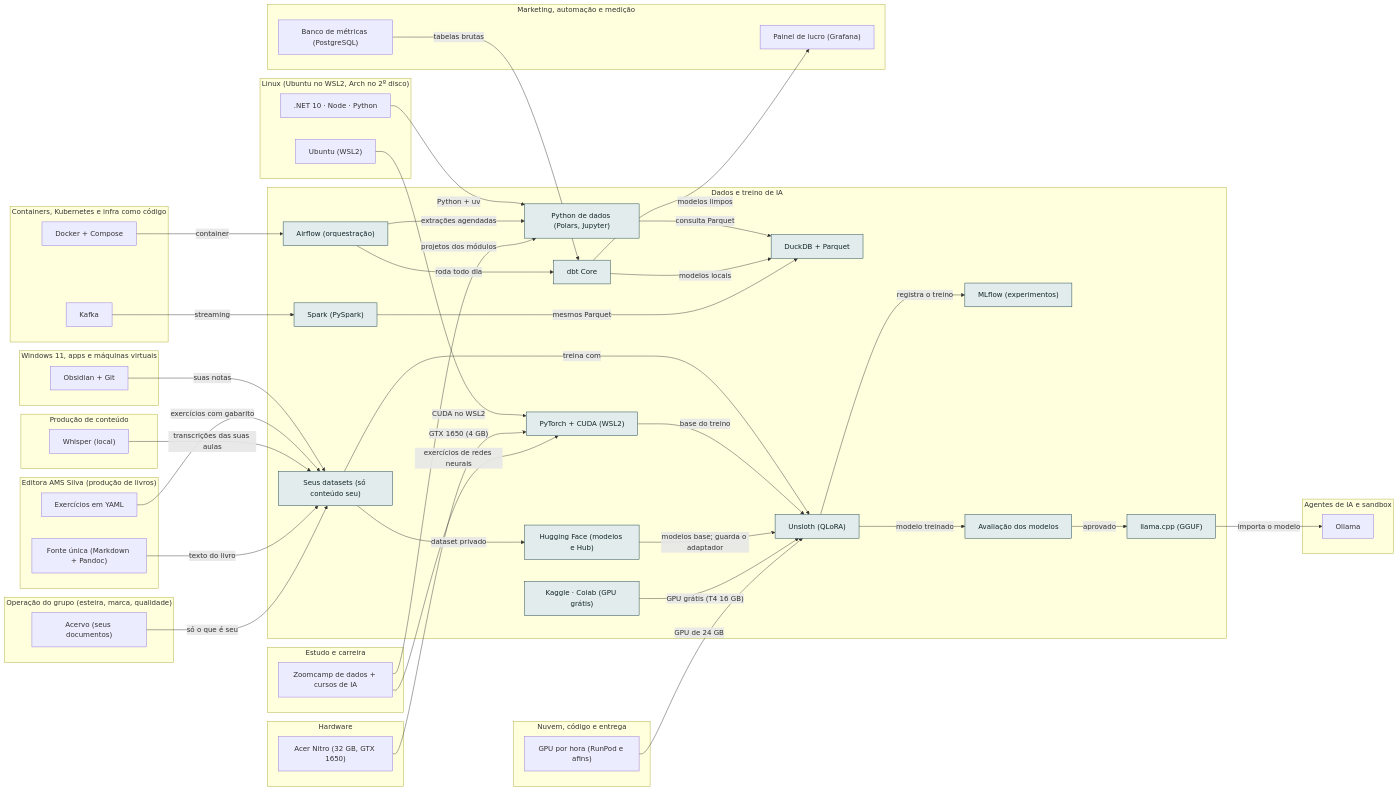
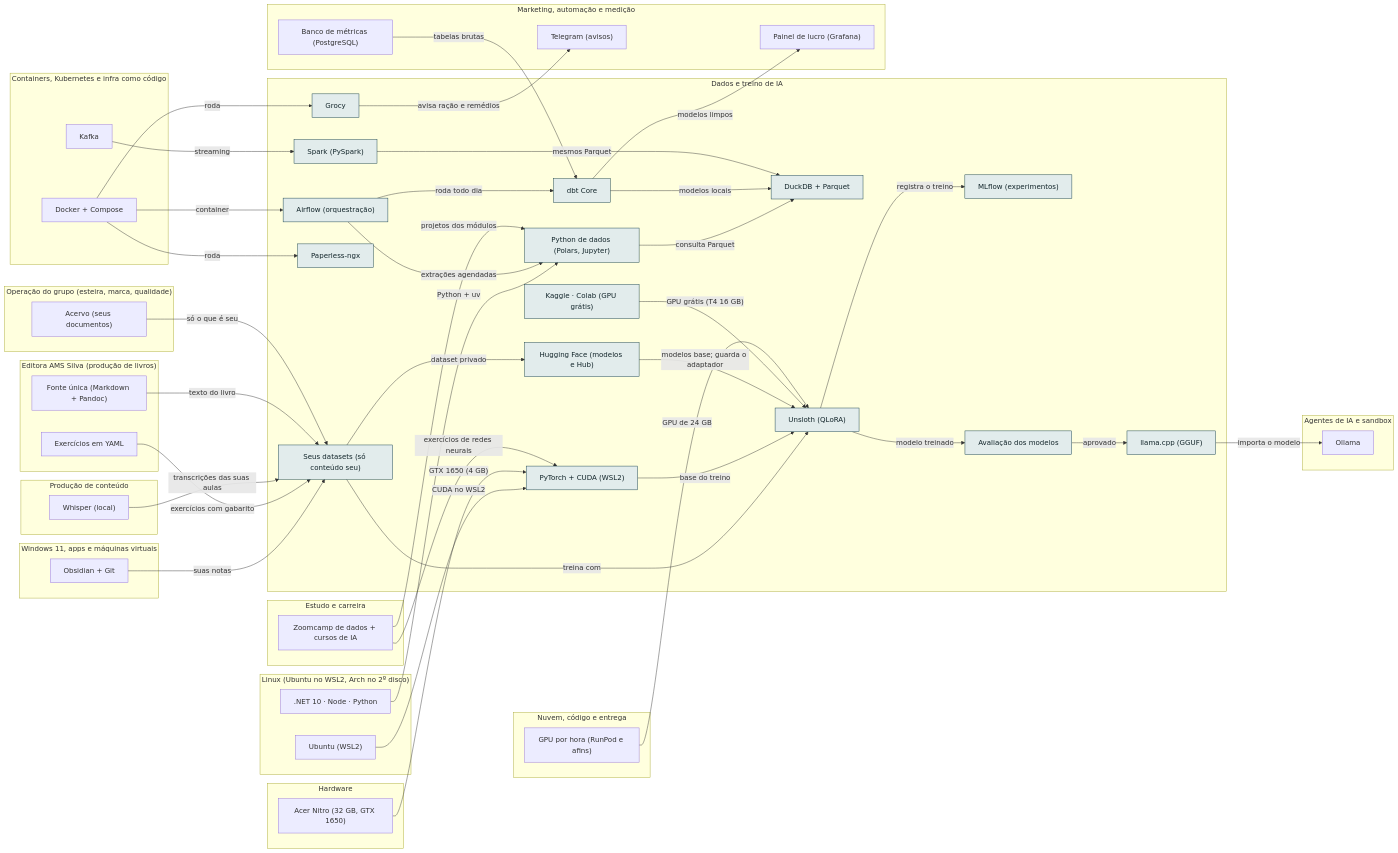
Before and after one commit to AlanMateus17/dev-setup: the diagram in docs/camadas/06-dados.md, drawn with Mermaid. The commit also changed other lines of this file and 75 other files, not shown here.

````diff
--- a/docs/camadas/06-dados.md
+++ b/docs/camadas/06-dados.md
@@ -27,6 +27,8 @@
     n_mlflow["MLflow (experimentos)"]
     n_evals["Avaliação dos modelos"]
     n_gguf["llama.cpp (GGUF)"]
+    n_paperless["Paperless-ngx"]
+    n_grocy["Grocy"]
   end
   subgraph L_oper["Operação do grupo (esteira, marca, qualidade)"]
     n_acv["Acervo (seus documentos)"]
@@ -34,6 +36,7 @@
   subgraph L_mkt["Marketing, automação e medição"]
     n_metrics["Banco de métricas (PostgreSQL)"]
     n_painel["Painel de lucro (Grafana)"]
+    n_tg["Telegram (avisos)"]
   end
   subgraph L_editora["Editora AMS Silva (produção de livros)"]
     n_exyaml["Exercícios em YAML"]
@@ -94,6 +97,9 @@
   n_gpuh -->|"GPU de 24 GB"| n_unsl
   n_evals -->|"aprovado"| n_gguf
   n_gguf -->|"importa o modelo"| n_oll
+  n_docker -->|"roda"| n_paperless
+  n_grocy -->|"avisa ração e remédios"| n_tg
+  n_docker -->|"roda"| n_grocy
   classDef desta fill:#e2ecec,stroke:#0e3a45,color:#13262b
-  class n_pyds,n_duck,n_dbt,n_orq,n_spark,n_dset,n_torch,n_hf,n_unsl,n_kgl,n_mlflow,n_evals,n_gguf desta
+  class n_pyds,n_duck,n_dbt,n_orq,n_spark,n_dset,n_torch,n_hf,n_unsl,n_kgl,n_mlflow,n_evals,n_gguf,n_paperless,n_grocy desta
 ```
````
